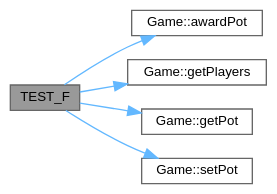
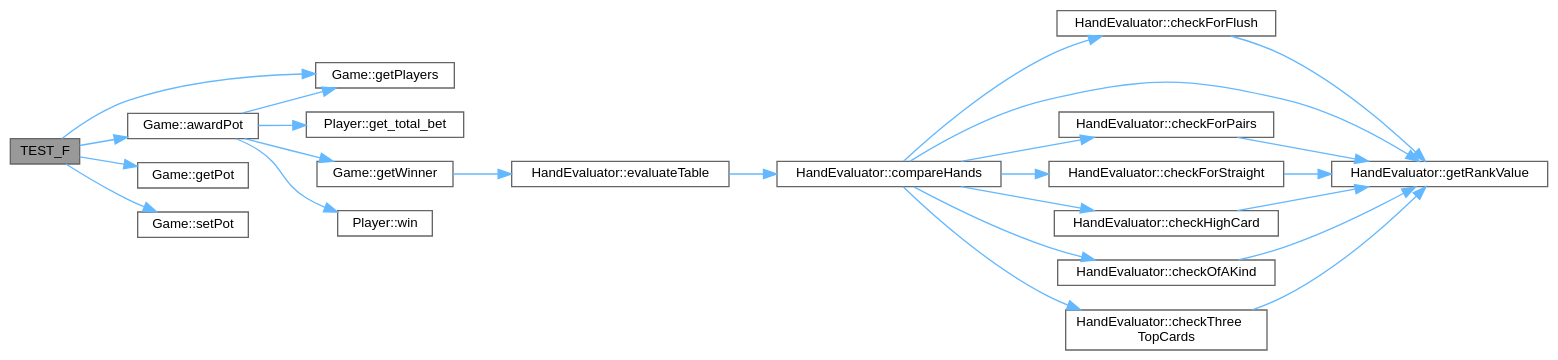
The diagram in test___game_8cc_adf97e005acdc02b38d612eabddf53792_cgraph.dot (jesstyrrell/cosc345), drawn with Graphviz before and after one commit. The commit also changed 152 other files, not shown here.

```diff
--- a/test___game_8cc_adf97e005acdc02b38d612eabddf53792_cgraph.dot
+++ b/test___game_8cc_adf97e005acdc02b38d612eabddf53792_cgraph.dot
@@ -1,18 +1,49 @@
 digraph "TEST_F"
 {
  // INTERACTIVE_SVG=YES
  // LATEX_PDF_SIZE
   bgcolor="transparent";
   edge [fontname=Helvetica,fontsize=10,labelfontname=Helvetica,labelfontsize=10];
   node [fontname=Helvetica,fontsize=10,shape=box,height=0.2,width=0.4];
   rankdir="LR";
   Node1 [id="Node000001",label="TEST_F",height=0.2,width=0.4,color="gray40", fillcolor="grey60", style="filled", fontcolor="black",tooltip=" "];
   Node1 -> Node2 [id="edge1_Node000001_Node000002",color="steelblue1",style="solid",tooltip=" "];
-  Node2 [id="Node000002",label="Game::awardPot",height=0.2,width=0.4,color="grey40", fillcolor="white", style="filled",URL="$class_game.html#a9e75306bf8f51c5213e2ffceb46f801f",tooltip="Awards the pot to the winning players."];
-  Node1 -> Node3 [id="edge2_Node000001_Node000003",color="steelblue1",style="solid",tooltip=" "];
-  Node3 [id="Node000003",label="Game::getPlayers",height=0.2,width=0.4,color="grey40", fillcolor="white", style="filled",URL="$class_game.html#a57e5aef2f67e77929842fab7a78404ea",tooltip="Gets the players in the game."];
-  Node1 -> Node4 [id="edge3_Node000001_Node000004",color="steelblue1",style="solid",tooltip=" "];
-  Node4 [id="Node000004",label="Game::getPot",height=0.2,width=0.4,color="grey40", fillcolor="white", style="filled",URL="$class_game.html#a20b263146b74bb0c81341cfd26c44de6",tooltip="Gets the current pot size."];
-  Node1 -> Node5 [id="edge4_Node000001_Node000005",color="steelblue1",style="solid",tooltip=" "];
-  Node5 [id="Node000005",label="Game::setPot",height=0.2,width=0.4,color="grey40", fillcolor="white", style="filled",URL="$class_game.html#acf5aaf9c3d8df910021de38a4c5f6cb6",tooltip="Sets the pot size within the game."];
+  Node2 [id="Node000002",label="Game::awardPot",height=0.2,width=0.4,color="grey40", fillcolor="white", style="filled",URL="$class_game.html#ac0b29143b66a8cecb267b54ac84deb06",tooltip="Awards the pot to the winning players."];
+  Node2 -> Node3 [id="edge2_Node000002_Node000003",color="steelblue1",style="solid",tooltip=" "];
+  Node3 [id="Node000003",label="Player::get_total_bet",height=0.2,width=0.4,color="grey40", fillcolor="white", style="filled",URL="$class_player.html#a37ed1e9eb87f6cf207ba4a1e6716686a",tooltip="Gets the total amount the player has bet this hand."];
+  Node2 -> Node4 [id="edge3_Node000002_Node000004",color="steelblue1",style="solid",tooltip=" "];
+  Node4 [id="Node000004",label="Game::getPlayers",height=0.2,width=0.4,color="grey40", fillcolor="white", style="filled",URL="$class_game.html#a57e5aef2f67e77929842fab7a78404ea",tooltip="Gets the players in the game."];
+  Node2 -> Node5 [id="edge4_Node000002_Node000005",color="steelblue1",style="solid",tooltip=" "];
+  Node5 [id="Node000005",label="Game::getWinner",height=0.2,width=0.4,color="grey40", fillcolor="white", style="filled",URL="$class_game.html#aab46e042704ec19c1f0a52280ef06bef",tooltip="Determines the winner(s) of the current hand."];
+  Node5 -> Node6 [id="edge5_Node000005_Node000006",color="steelblue1",style="solid",tooltip=" "];
+  Node6 [id="Node000006",label="HandEvaluator::evaluateTable",height=0.2,width=0.4,color="grey40", fillcolor="white", style="filled",URL="$class_hand_evaluator.html#a913d9b6af7946277de9652577b88292b",tooltip="Evaluates multiple hands against community cards."];
+  Node6 -> Node7 [id="edge6_Node000006_Node000007",color="steelblue1",style="solid",tooltip=" "];
+  Node7 [id="Node000007",label="HandEvaluator::compareHands",height=0.2,width=0.4,color="grey40", fillcolor="white", style="filled",URL="$class_hand_evaluator.html#ac699bebeb0b211a7b84359a1023e0d83",tooltip="Compares two hands to determine the winner."];
+  Node7 -> Node8 [id="edge7_Node000007_Node000008",color="steelblue1",style="solid",tooltip=" "];
+  Node8 [id="Node000008",label="HandEvaluator::checkForFlush",height=0.2,width=0.4,color="grey40", fillcolor="white", style="filled",URL="$class_hand_evaluator.html#a3516765d723bb99d75f7a881c6cf5202",tooltip="Checks for a flush in a combined hand and community cards."];
+  Node8 -> Node9 [id="edge8_Node000008_Node000009",color="steelblue1",style="solid",tooltip=" "];
+  Node9 [id="Node000009",label="HandEvaluator::getRankValue",height=0.2,width=0.4,color="grey40", fillcolor="white", style="filled",URL="$class_hand_evaluator.html#aad910729e355e6c35737a4d3c064133b",tooltip="Gets the numerical value of a card rank."];
+  Node7 -> Node10 [id="edge9_Node000007_Node000010",color="steelblue1",style="solid",tooltip=" "];
+  Node10 [id="Node000010",label="HandEvaluator::checkForPairs",height=0.2,width=0.4,color="grey40", fillcolor="white", style="filled",URL="$class_hand_evaluator.html#a44981d3722af1c7238008efb7d9d1ff5",tooltip="Checks for pairs in a combined hand and community cards."];
+  Node10 -> Node9 [id="edge10_Node000010_Node000009",color="steelblue1",style="solid",tooltip=" "];
+  Node7 -> Node11 [id="edge11_Node000007_Node000011",color="steelblue1",style="solid",tooltip=" "];
+  Node11 [id="Node000011",label="HandEvaluator::checkForStraight",height=0.2,width=0.4,color="grey40", fillcolor="white", style="filled",URL="$class_hand_evaluator.html#a5bc5392a16674e019105c2d84a88e31b",tooltip="Checks for a straight in a combined hand and community cards."];
+  Node11 -> Node9 [id="edge12_Node000011_Node000009",color="steelblue1",style="solid",tooltip=" "];
+  Node7 -> Node12 [id="edge13_Node000007_Node000012",color="steelblue1",style="solid",tooltip=" "];
+  Node12 [id="Node000012",label="HandEvaluator::checkHighCard",height=0.2,width=0.4,color="grey40", fillcolor="white", style="filled",URL="$class_hand_evaluator.html#ac827b68f055f510da7e982ee961cae5e",tooltip="Compares high cards between two hands."];
+  Node12 -> Node9 [id="edge14_Node000012_Node000009",color="steelblue1",style="solid",tooltip=" "];
+  Node7 -> Node13 [id="edge15_Node000007_Node000013",color="steelblue1",style="solid",tooltip=" "];
+  Node13 [id="Node000013",label="HandEvaluator::checkOfAKind",height=0.2,width=0.4,color="grey40", fillcolor="white", style="filled",URL="$class_hand_evaluator.html#a96fb1828d429e6883dc4933bcdf2c229",tooltip="Checks for a specified number of a kind in a hand and community cards."];
+  Node13 -> Node9 [id="edge16_Node000013_Node000009",color="steelblue1",style="solid",tooltip=" "];
+  Node7 -> Node14 [id="edge17_Node000007_Node000014",color="steelblue1",style="solid",tooltip=" "];
+  Node14 [id="Node000014",label="HandEvaluator::checkThree\lTopCards",height=0.2,width=0.4,color="grey40", fillcolor="white", style="filled",URL="$class_hand_evaluator.html#a91e4193fdf660f4648a71addc1845b6f",tooltip="Compares the top three cards between two hands after pairs have been evaluated."];
+  Node14 -> Node9 [id="edge18_Node000014_Node000009",color="steelblue1",style="solid",tooltip=" "];
+  Node7 -> Node9 [id="edge19_Node000007_Node000009",color="steelblue1",style="solid",tooltip=" "];
+  Node2 -> Node15 [id="edge20_Node000002_Node000015",color="steelblue1",style="solid",tooltip=" "];
+  Node15 [id="Node000015",label="Player::win",height=0.2,width=0.4,color="grey40", fillcolor="white", style="filled",URL="$class_player.html#ab466284a338277f1c20837e3f4d11b57",tooltip="Adds a winning amount to the player's stack."];
+  Node1 -> Node4 [id="edge21_Node000001_Node000004",color="steelblue1",style="solid",tooltip=" "];
+  Node1 -> Node16 [id="edge22_Node000001_Node000016",color="steelblue1",style="solid",tooltip=" "];
+  Node16 [id="Node000016",label="Game::getPot",height=0.2,width=0.4,color="grey40", fillcolor="white", style="filled",URL="$class_game.html#a20b263146b74bb0c81341cfd26c44de6",tooltip="Gets the current pot size."];
+  Node1 -> Node17 [id="edge23_Node000001_Node000017",color="steelblue1",style="solid",tooltip=" "];
+  Node17 [id="Node000017",label="Game::setPot",height=0.2,width=0.4,color="grey40", fillcolor="white", style="filled",URL="$class_game.html#acf5aaf9c3d8df910021de38a4c5f6cb6",tooltip="Sets the pot size within the game."];
 }
```
